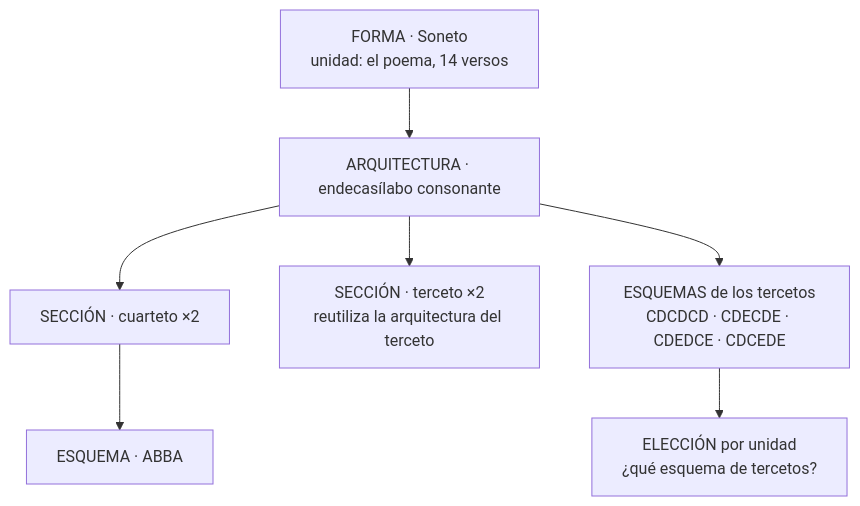
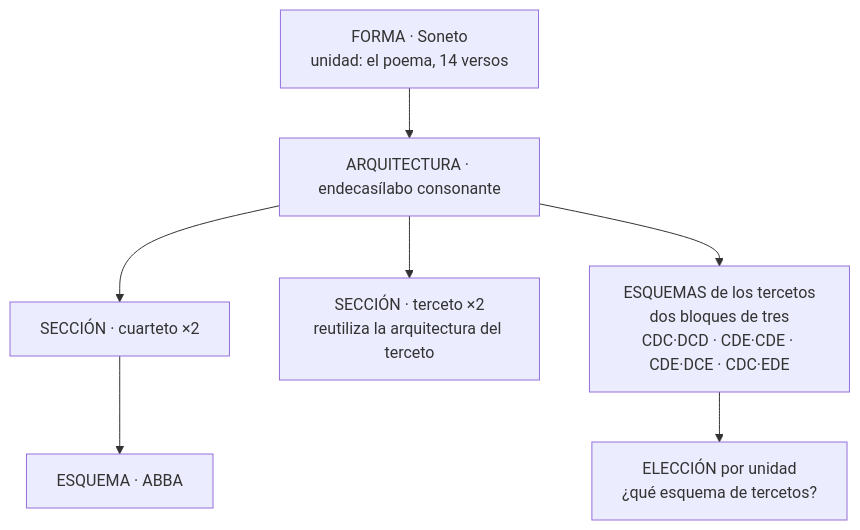
The third of 5 diagrams in docs/dominio-metrico/implementacion-metrica.md (metadramaub/metadrama_db), drawn with Mermaid before and after one commit. The commit also changed other lines of this file and 5 other files, not shown here.

First line of the commit message:
Los tercetos del soneto son dos bloques de tres, no seis versos

````diff
--- a/docs/dominio-metrico/implementacion-metrica.md
+++ b/docs/dominio-metrico/implementacion-metrica.md
@@ -238,9 +238,9 @@
 ```mermaid
 flowchart TD
     F["FORMA · Soneto<br/>unidad: el poema, 14 versos"] --> A["ARQUITECTURA · endecasílabo consonante"]
     A --> S1["SECCIÓN · cuarteto ×2"]
     A --> S2["SECCIÓN · terceto ×2<br/>reutiliza la arquitectura del terceto"]
     S1 --> R1["ESQUEMA · ABBA"]
-    A --> R2["ESQUEMAS de los tercetos<br/>CDCDCD · CDECDE · CDEDCE · CDCEDE"]
+    A --> R2["ESQUEMAS de los tercetos<br/>dos bloques de tres<br/>CDC·DCD · CDE·CDE · CDE·DCE · CDC·EDE"]
     R2 --> E["ELECCIÓN por unidad<br/>¿qué esquema de tercetos?"]
 ```
````
